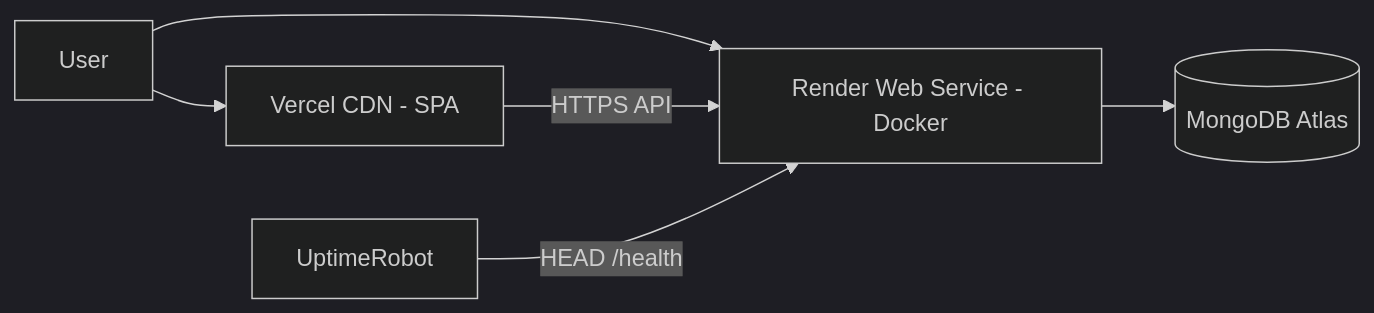
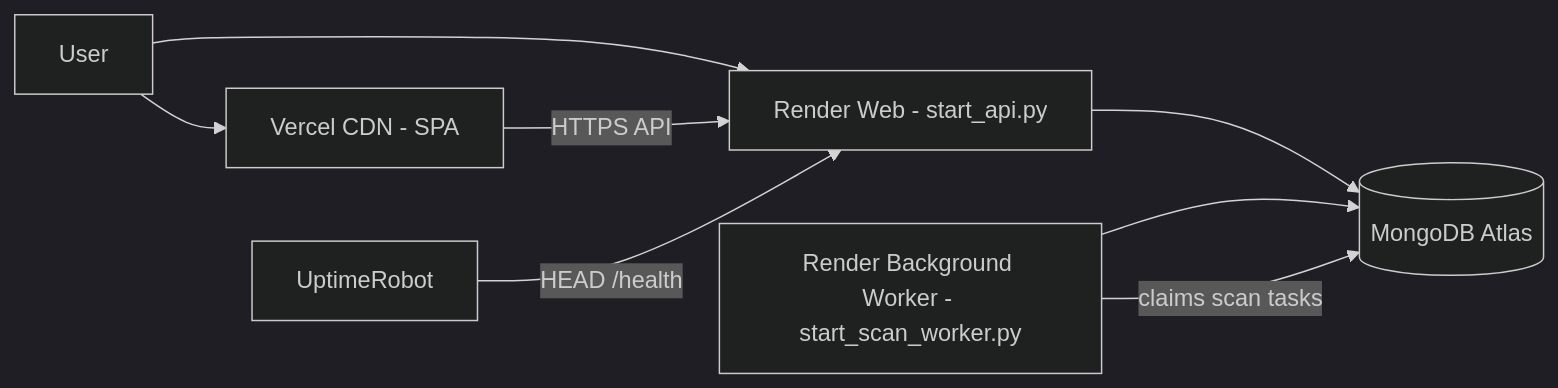
The diagram in docs/deployment/render-vercel-deployment.md (pnarun/career-os), drawn with Mermaid (dark theme) before and after one commit. The commit also changed other lines of this file and 40 other files, not shown here.

Commit message:
added scan worker..

````diff
--- a/docs/deployment/render-vercel-deployment.md
+++ b/docs/deployment/render-vercel-deployment.md
@@ -7,8 +7,10 @@
 ```mermaid
 flowchart LR
   User --> Vercel[Vercel CDN - SPA]
-  User --> Render[Render Web Service - Docker]
-  Vercel -->|HTTPS API| Render
-  Render --> Atlas[(MongoDB Atlas)]
-  Uptime[UptimeRobot] -->|HEAD /health| Render
+  User --> RenderAPI[Render Web - start_api.py]
+  Vercel -->|HTTPS API| RenderAPI
+  RenderAPI --> Atlas[(MongoDB Atlas)]
+  RenderWorker[Render Background Worker - start_scan_worker.py] --> Atlas
+  RenderWorker -->|claims scan tasks| Atlas
+  Uptime[UptimeRobot] -->|HEAD /health| RenderAPI
 ```
````
